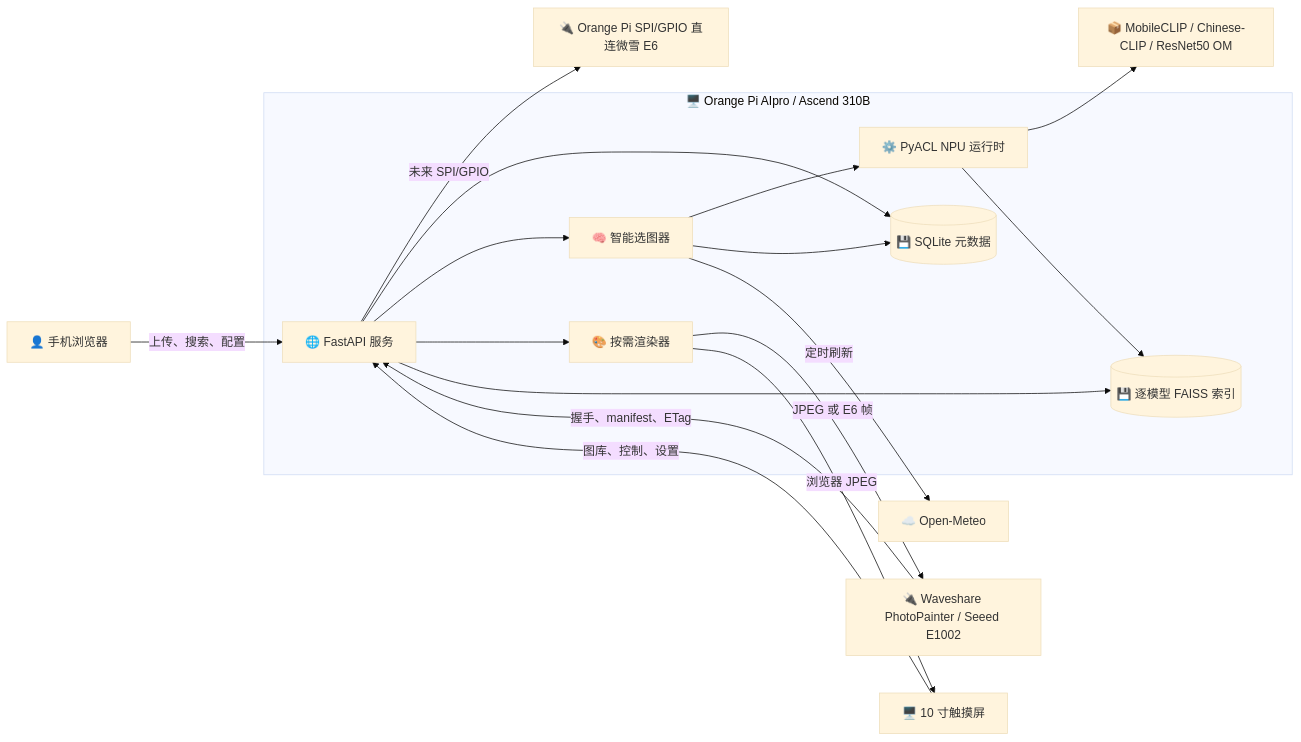
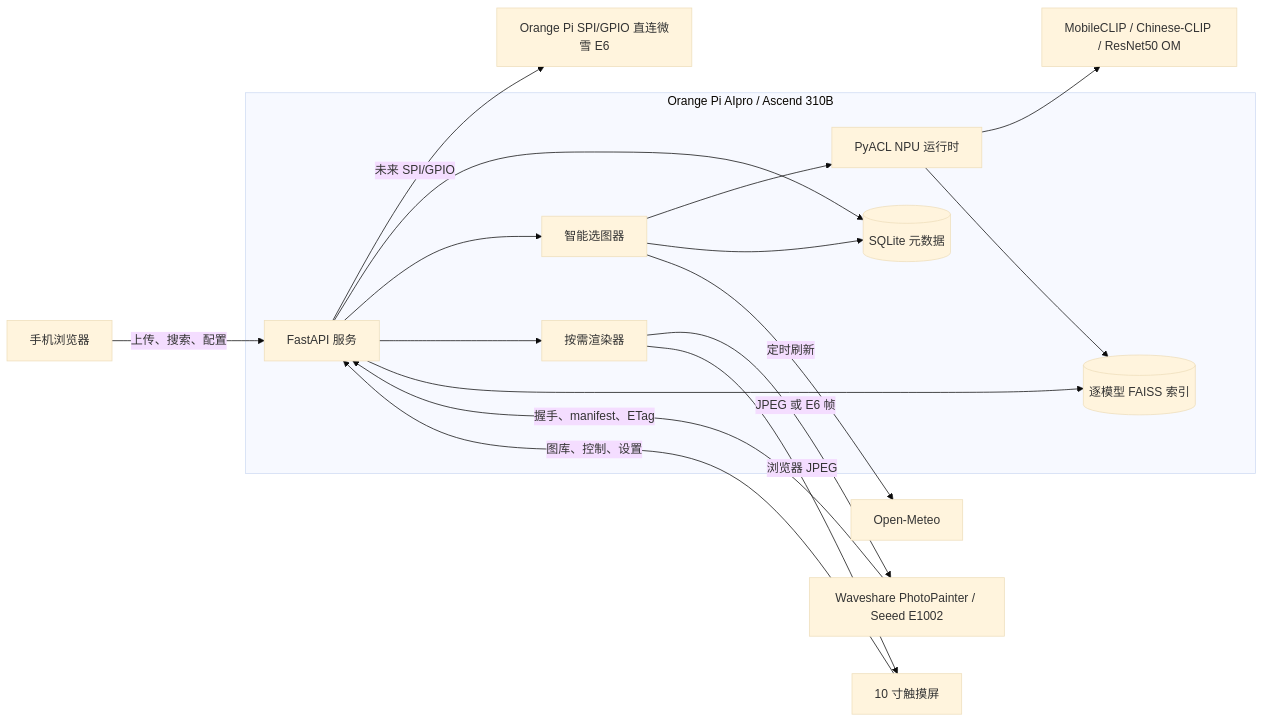
Before and after one commit to zhouxzh/Ascend310: the first of 7 diagrams in src/experiment/case7.md, drawn with Mermaid (base theme). The commit also changed other lines of this file and 105 other files, not shown here.

````diff
--- a/src/experiment/case7.md
+++ b/src/experiment/case7.md
@@ -25,38 +25,38 @@
 ```mermaid
 flowchart LR
     accTitle: 智能相册系统架构
     accDescr: 手机、触摸屏和远程显示设备通过 FastAPI 访问 SQLite/FAISS 索引、Ascend 310B NPU 和天气服务
 
-    phone[👤 手机浏览器]
-    touch[🖥️ 10 寸触摸屏]
-    esp32[🔌 Waveshare PhotoPainter / Seeed E1002]
-    e6[🔌 Orange Pi SPI/GPIO 直连微雪 E6]
+    phone[手机浏览器]
+    touch[10 寸触摸屏]
+    esp32[Waveshare PhotoPainter / Seeed E1002]
+    e6[Orange Pi SPI/GPIO 直连微雪 E6]
 
-    subgraph server[🖥️ Orange Pi AIpro / Ascend 310B]
-        api[🌐 FastAPI 服务]
-        selector[🧠 智能选图器]
-        runtime[⚙️ PyACL NPU 运行时]
-        storage[(💾 SQLite 元数据)]
-        faiss[(💾 逐模型 FAISS 索引)]
-        renderer[🎨 按需渲染器]
+    subgraph server[Orange Pi AIpro / Ascend 310B]
+        api[FastAPI 服务]
+        selector[智能选图器]
+        runtime[PyACL NPU 运行时]
+        storage[(SQLite 元数据)]
+        faiss[(逐模型 FAISS 索引)]
+        renderer[按需渲染器]
     end
 
-    weather[☁️ Open-Meteo]
-    models[📦 MobileCLIP / Chinese-CLIP / ResNet50 OM]
+    weather[Open-Meteo]
+    models[MobileCLIP / Chinese-CLIP / ResNet50 OM]
 
     phone -->|上传、搜索、配置| api
     touch -->|图库、控制、设置| api
     esp32 -->|握手、manifest、ETag| api
     api -->|未来 SPI/GPIO| e6
     api --> storage
     api --> selector
     selector --> runtime
     runtime --> models
     runtime --> faiss
     selector --> storage
     api --> renderer
     renderer -->|JPEG 或 E6 帧| esp32
     renderer -->|浏览器 JPEG| touch
     selector -->|定时刷新| weather
     api --> faiss
 ```
````
